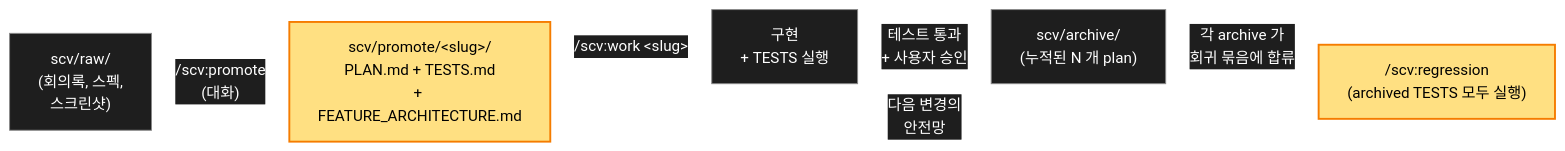
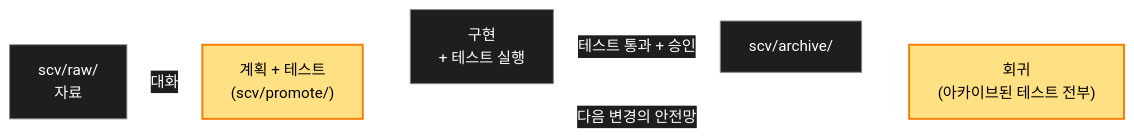
The diagram in README.ko.md (wookiya1364/scv-claude-code), drawn with Mermaid before and after one commit. The commit also changed other lines of this file and 2 other files, not shown here.

````diff
--- a/README.ko.md
+++ b/README.ko.md
@@ -106,18 +62,18 @@
 ```mermaid
 %%{init: {'theme':'base', 'themeVariables': {'primaryColor':'#1e1e1e','primaryTextColor':'#fff','primaryBorderColor':'#888','lineColor':'#fff','secondaryColor':'#2d2d2d','tertiaryColor':'#1e1e1e','background':'#0d1117','edgeLabelBackground':'#1e1e1e'}}}%%
 flowchart LR
-  Raw["scv/raw/<br>(회의록, 스펙,<br>스크린샷)"]
-  Promote["scv/promote/&lt;slug&gt;/<br>PLAN.md + TESTS.md<br>+ FEATURE_ARCHITECTURE.md"]
-  Work["구현<br>+ TESTS 실행"]
-  Archive["scv/archive/<br>(누적된 N 개 plan)"]
-  Regression["/scv:regression<br>(archived TESTS 모두 실행)"]
+  Raw["scv/raw/<br>자료"]
+  Promote["계획 + 테스트<br>(scv/promote/)"]
+  Work["구현<br>+ 테스트 실행"]
+  Archive["scv/archive/"]
+  Regression["회귀<br>(아카이브된 테스트 전부)"]
 
-  Raw -->|"/scv:promote<br>(대화)"| Promote
-  Promote -->|"/scv:work &lt;slug&gt;"| Work
-  Work -->|"테스트 통과<br>+ 사용자 승인"| Archive
-  Archive -->|"각 archive 가<br>회귀 묶음에 합류"| Regression
-  Regression -.->|"다음 변경의<br>안전망"| Promote
+  Raw -->|대화| Promote
+  Promote --> Work
+  Work -->|테스트 통과 + 승인| Archive
+  Archive --> Regression
+  Regression -.->|다음 변경의 안전망| Promote
 
   classDef key fill:#FFE082,stroke:#F57C00,stroke-width:2px,color:#000
   class Promote,Regression key
 ```
````
